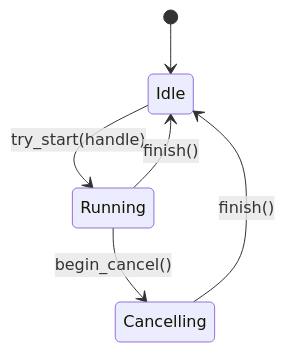
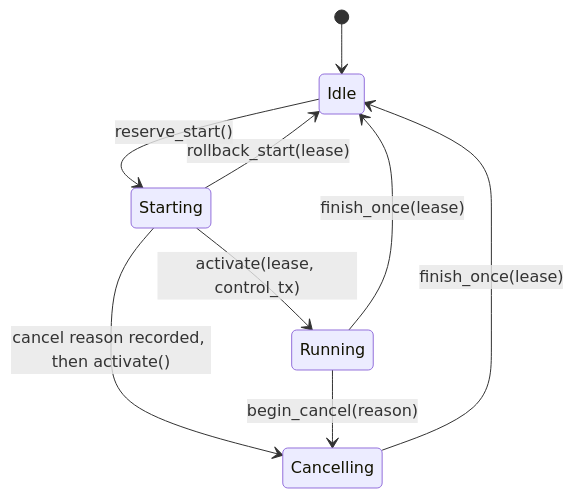
The third of 5 diagrams in docs/03-rust-shell-architecture.md (youge325/vp), drawn with Mermaid before and after one commit. The commit also changed other lines of this file and 14 other files, not shown here.

````diff
--- a/docs/03-rust-shell-architecture.md
+++ b/docs/03-rust-shell-architecture.md
@@ -110,8 +110,11 @@
 ```mermaid
 stateDiagram-v2
     [*] --> Idle
-    Idle --> Running: try_start(handle)
-    Running --> Cancelling: begin_cancel()
-    Running --> Idle: finish()
-    Cancelling --> Idle: finish()
+    Idle --> Starting: reserve_start()
+    Starting --> Running: activate(lease, control_tx)
+    Starting --> Cancelling: cancel reason recorded, then activate()
+    Starting --> Idle: rollback_start(lease)
+    Running --> Cancelling: begin_cancel(reason)
+    Running --> Idle: finish_once(lease)
+    Cancelling --> Idle: finish_once(lease)
 ```
````
